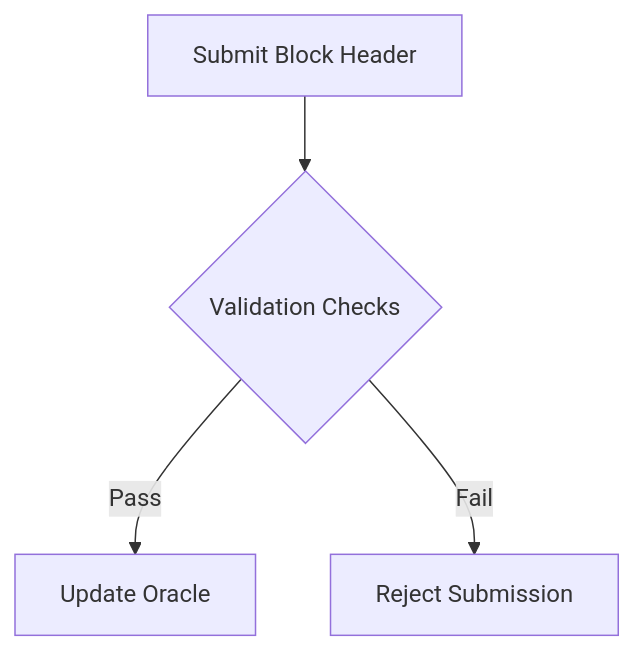
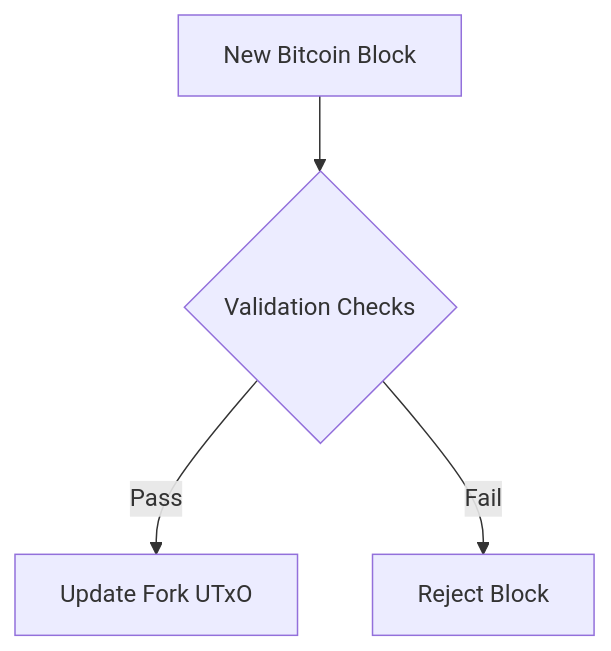
One commit to lantr-io/binocular changed the fourth of 5 diagrams in Litepaper.md. Above: the diagram before and after it, drawn with Mermaid. The commit also changed other lines of this file and 1 other file, not shown here.

Commit message:
docs: update Litepaper and Whitepaper to reflect changes in Binocular architecture and processes

````diff
--- a/Litepaper.md
+++ b/Litepaper.md
@@ -91,6 +88,6 @@
 ```mermaid
 graph TD
-X[Submit Block Header] --> Y{Validation Checks}
-Y -->|Pass| Z[Update Oracle]
-Y -->|Fail| F[Reject Submission]
+X[New Bitcoin Block] --> Y{Validation Checks}
+Y -->|Pass| Z[Update Fork UTxO]
+Y -->|Fail| F[Reject Block]
 ```
````
